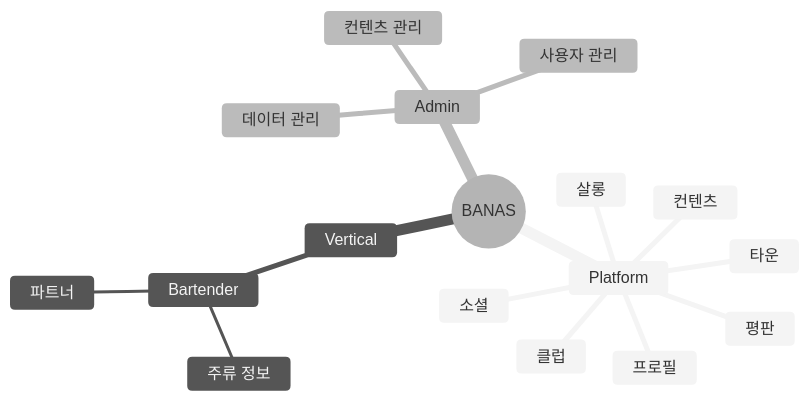
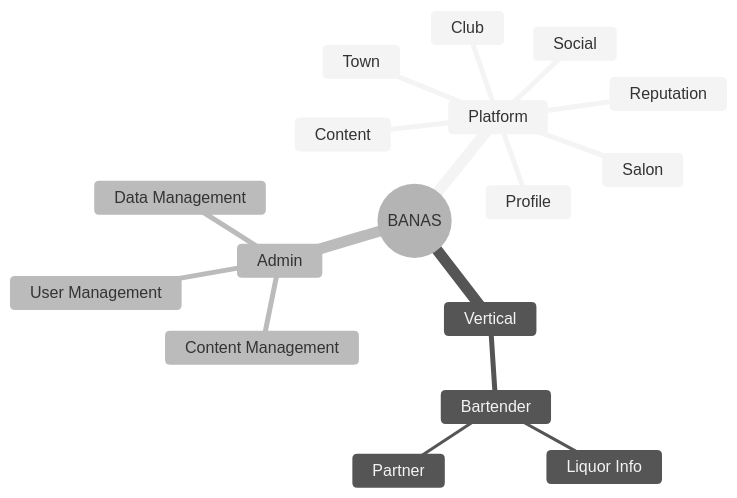
The third of 4 diagrams in solera/skills/writing-goal/references/mermaid-service-map.md (noory-code/noory-ai), drawn with Mermaid (neutral theme) before and after one commit. The commit also changed other lines of this file and 95 other files, not shown here.

````diff
--- a/solera/skills/writing-goal/references/mermaid-service-map.md
+++ b/solera/skills/writing-goal/references/mermaid-service-map.md
@@ -61,20 +61,20 @@
 ```mermaid
 mindmap
   root((BANAS))
     Platform
-      프로필
-      소셜
-      컨텐츠
-      클럽
-      살롱
-      타운
-      평판
+      Profile
+      Social
+      Content
+      Club
+      Salon
+      Town
+      Reputation
     Vertical
       Bartender
-        주류 정보
-        파트너
+        Liquor Info
+        Partner
     Admin
-      사용자 관리
-      컨텐츠 관리
-      데이터 관리
+      User Management
+      Content Management
+      Data Management
 ```
````
